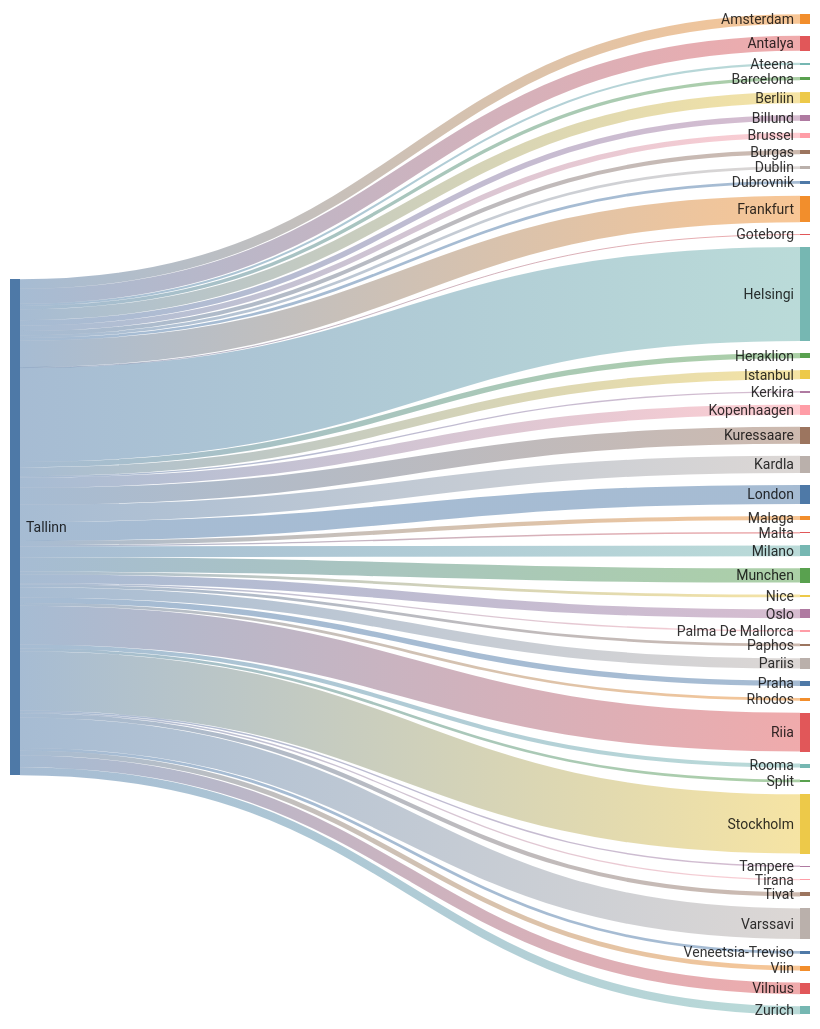
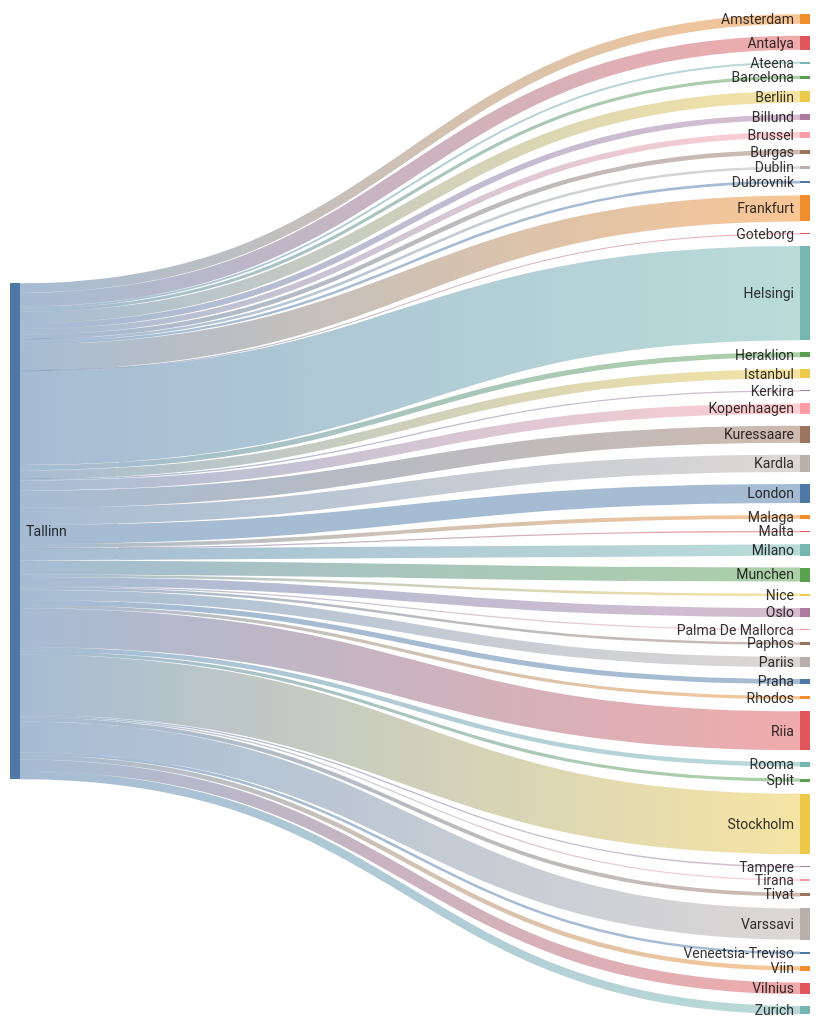
Before and after one commit to rainermesi/tll-airport-departures: the second of 2 diagrams in README.md, drawn with Mermaid. The commit also changed other lines of this file, not shown here.

````diff
--- a/README.md
+++ b/README.md
@@ -34,56 +34,56 @@
 ```mermaid
 ---
 config:
   sankey:
     showValues: false
     width: 800
     height: 1000
 ---
 sankey-beta
 %% source,target,value
-Tallinn,Amsterdam,14
+Tallinn,Amsterdam,15
 Tallinn,Antalya,22
 Tallinn,Ateena,3
 Tallinn,Barcelona,5
-Tallinn,Berliin,16
-Tallinn,Billund,8
-Tallinn,Brussel,8
-Tallinn,Burgas,6
+Tallinn,Berliin,18
+Tallinn,Billund,9
+Tallinn,Brussel,9
+Tallinn,Burgas,7
 Tallinn,Dublin,4
 Tallinn,Dubrovnik,4
-Tallinn,Frankfurt,39
+Tallinn,Frankfurt,41
 Tallinn,Goteborg,1
-Tallinn,Helsingi,138
+Tallinn,Helsingi,148
 Tallinn,Heraklion,8
-Tallinn,Istanbul,13
+Tallinn,Istanbul,14
 Tallinn,Kerkira,2
-Tallinn,Kopenhaagen,15
-Tallinn,Kuressaare,25
-Tallinn,Kardla,25
-Tallinn,London,28
+Tallinn,Kopenhaagen,16
+Tallinn,Kuressaare,27
+Tallinn,Kardla,27
+Tallinn,London,30
 Tallinn,Malaga,6
 Tallinn,Malta,2
-Tallinn,Milano,16
-Tallinn,Munchen,21
+Tallinn,Milano,18
+Tallinn,Munchen,22
 Tallinn,Nice,4
-Tallinn,Oslo,13
+Tallinn,Oslo,14
 Tallinn,Palma De Mallorca,2
 Tallinn,Paphos,4
-Tallinn,Pariis,15
+Tallinn,Pariis,16
 Tallinn,Praha,8
-Tallinn,Rhodos,4
-Tallinn,Riia,57
-Tallinn,Rooma,6
-Tallinn,Split,4
-Tallinn,Stockholm,87
+Tallinn,Rhodos,5
+Tallinn,Riia,61
+Tallinn,Rooma,7
+Tallinn,Split,5
+Tallinn,Stockholm,95
 Tallinn,Tampere,2
 Tallinn,Tirana,2
 Tallinn,Tivat,6
-Tallinn,Varssavi,45
+Tallinn,Varssavi,49
 Tallinn,Veneetsia-Treviso,4
 Tallinn,Viin,7
-Tallinn,Vilnius,17
-Tallinn,Zurich,12
+Tallinn,Vilnius,18
+Tallinn,Zurich,13
 
 
 ```
````
